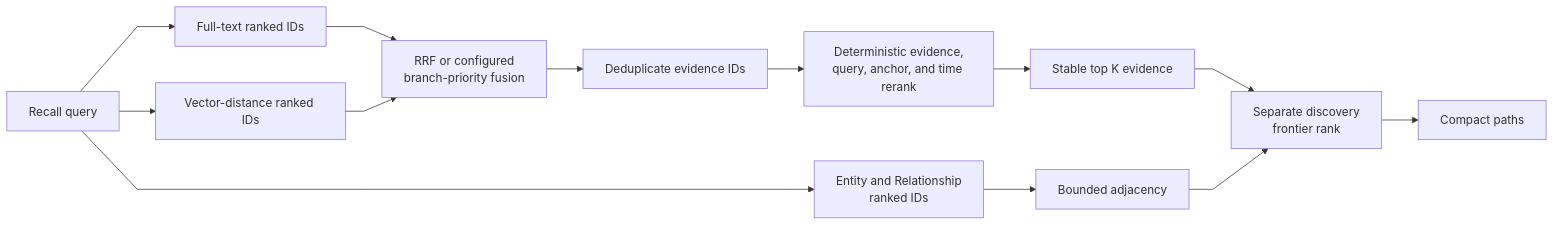
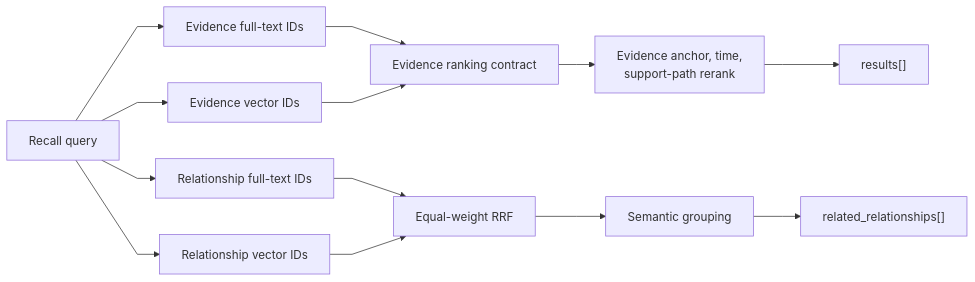
One commit to markhuangai/dense-mem changed the first of 2 diagrams in Vector-Search-And-Ranking.md. Above: the diagram before and after it, drawn with Mermaid. The commit also changed other lines of this file and 27 other files, not shown here.

Commit message:
Document tier-free Relationship architecture

````diff
--- a/Vector-Search-And-Ranking.md
+++ b/Vector-Search-And-Ranking.md
@@ -21,17 +19,17 @@
 ```mermaid
 %%{init: {"flowchart": {"curve": "linear"}}}%%
 flowchart LR
-  Query["Recall query"] --> FTS["Full-text ranked IDs"]
-  Query --> Vector["Vector-distance ranked IDs"]
-  FTS --> Fusion["RRF or configured<br/>branch-priority fusion"]
-  Vector --> Fusion
-  Fusion --> Group["Deduplicate evidence IDs"]
-  Group --> Rerank["Deterministic evidence,<br/>query, anchor, and time rerank"]
-  Rerank --> Limit["Stable top K evidence"]
+  Query["Recall query"] --> EvidenceText["Evidence full-text IDs"]
+  Query --> EvidenceVector["Evidence vector IDs"]
+  EvidenceText --> EvidenceFusion["Evidence ranking contract"]
+  EvidenceVector --> EvidenceFusion
+  EvidenceFusion --> EvidenceRerank["Evidence anchor, time,<br/>support-path rerank"]
+  EvidenceRerank --> Results["results[]"]
 
-  Query --> Entity["Entity and Relationship<br/>ranked IDs"]
-  Entity --> Adj["Bounded adjacency"]
-  Limit --> Frontier["Separate discovery<br/>frontier rank"]
-  Adj --> Frontier
-  Frontier --> Paths["Compact paths"]
+  Query --> RelationshipText["Relationship full-text IDs"]
+  Query --> RelationshipVector["Relationship vector IDs"]
+  RelationshipText --> RelationshipRRF["Equal-weight RRF"]
+  RelationshipVector --> RelationshipRRF
+  RelationshipRRF --> Group["Semantic grouping"]
+  Group --> Relationships["related_relationships[]"]
 ```
````
